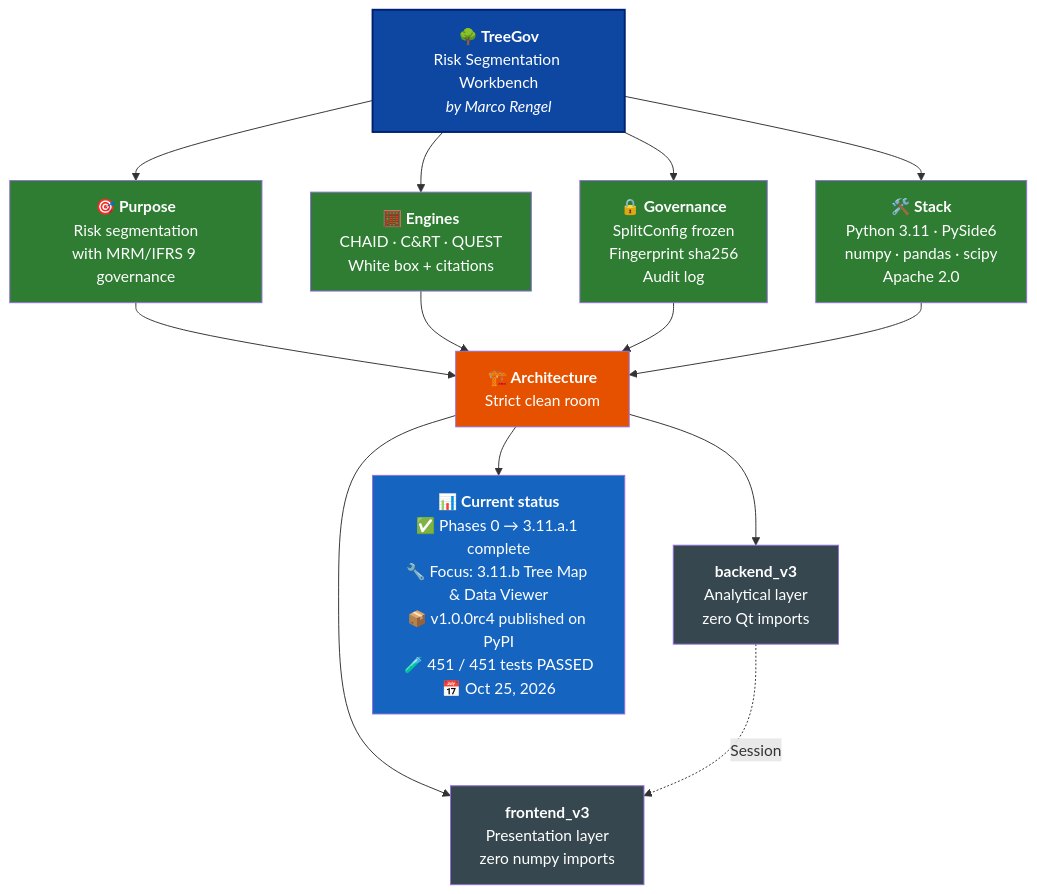
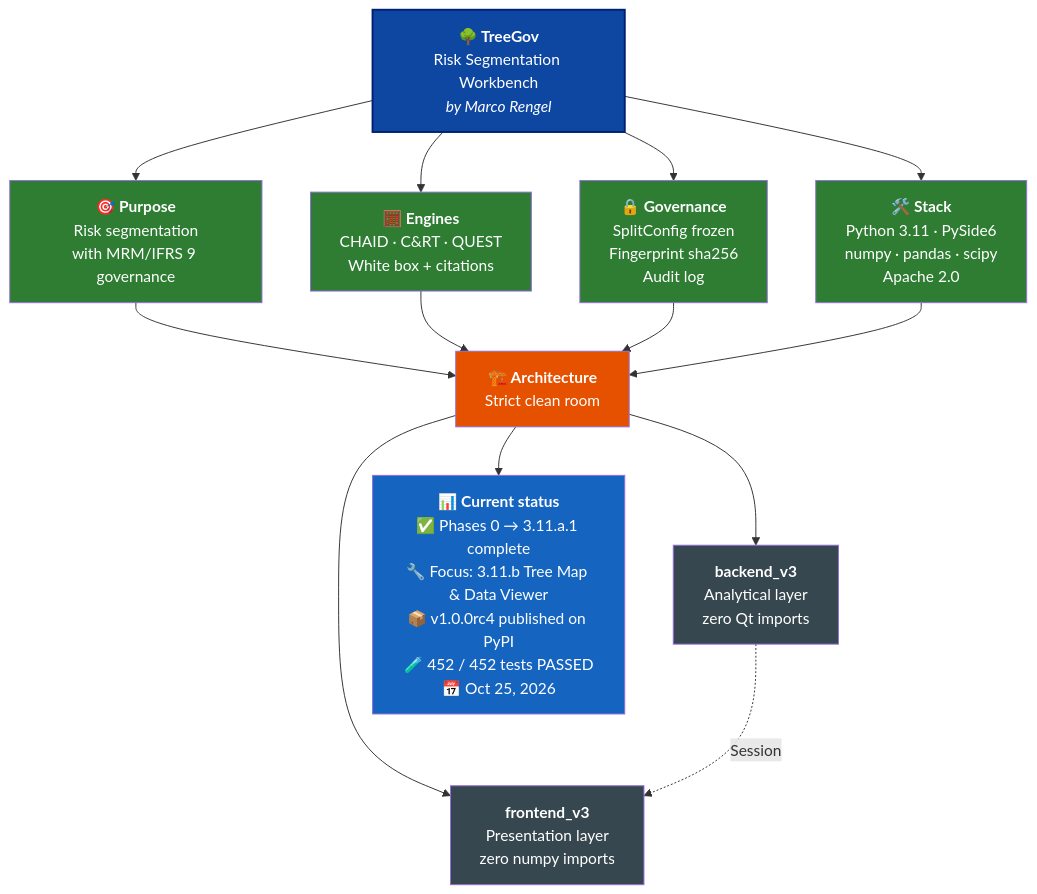
The diagram in README.md (Marco-Rengel/treegov), drawn with Mermaid before and after one commit. The commit also changed other lines of this file and 12 other files, not shown here.

````diff
--- a/README.md
+++ b/README.md
@@ -38,31 +38,31 @@
 ```mermaid
 flowchart TB
     TG["<b>🌳 TreeGov</b><br/>Risk Segmentation Workbench<br/><i>by Marco Rengel</i>"]
 
     TG --> P["<b>🎯 Purpose</b><br/>Risk segmentation<br/>with MRM/IFRS 9 governance"]
     TG --> M["<b>🧮 Engines</b><br/>CHAID · C&RT · QUEST<br/>White box + citations"]
     TG --> G["<b>🔒 Governance</b><br/>SplitConfig frozen<br/>Fingerprint sha256<br/>Audit log"]
     TG --> S["<b>🛠️ Stack</b><br/>Python 3.11 · PySide6<br/>numpy · pandas · scipy<br/>Apache 2.0"]
 
     P --> ARQ["<b>🏗️ Architecture</b><br/>Strict clean room"]
     M --> ARQ
     G --> ARQ
     S --> ARQ
 
     ARQ --> BE["<b>backend_v3</b><br/>Analytical layer<br/>zero Qt imports"]
     ARQ --> FE["<b>frontend_v3</b><br/>Presentation layer<br/>zero numpy imports"]
 
     BE -.->|Session| FE
 
-    ARQ --> ST["<b>📊 Current status</b><br/>✅ Phases 0 → 3.11.a.1 complete<br/>🔧 Focus: 3.11.b Tree Map & Data Viewer<br/>📦 v1.0.0rc4 published on PyPI<br/>🧪 451 / 451 tests PASSED<br/>📅 Oct 25, 2026"]
+    ARQ --> ST["<b>📊 Current status</b><br/>✅ Phases 0 → 3.11.a.1 complete<br/>🔧 Focus: 3.11.b Tree Map & Data Viewer<br/>📦 v1.0.0rc4 published on PyPI<br/>🧪 452 / 452 tests PASSED<br/>📅 Oct 25, 2026"]
 
     style TG fill:#0D47A1,color:#fff,stroke:#002171,stroke-width:2px
     style P fill:#2E7D32,color:#fff
     style M fill:#2E7D32,color:#fff
     style G fill:#2E7D32,color:#fff
     style S fill:#2E7D32,color:#fff
     style ARQ fill:#E65100,color:#fff
     style BE fill:#37474F,color:#fff
     style FE fill:#37474F,color:#fff
     style ST fill:#1565C0,color:#fff
 ```
````
